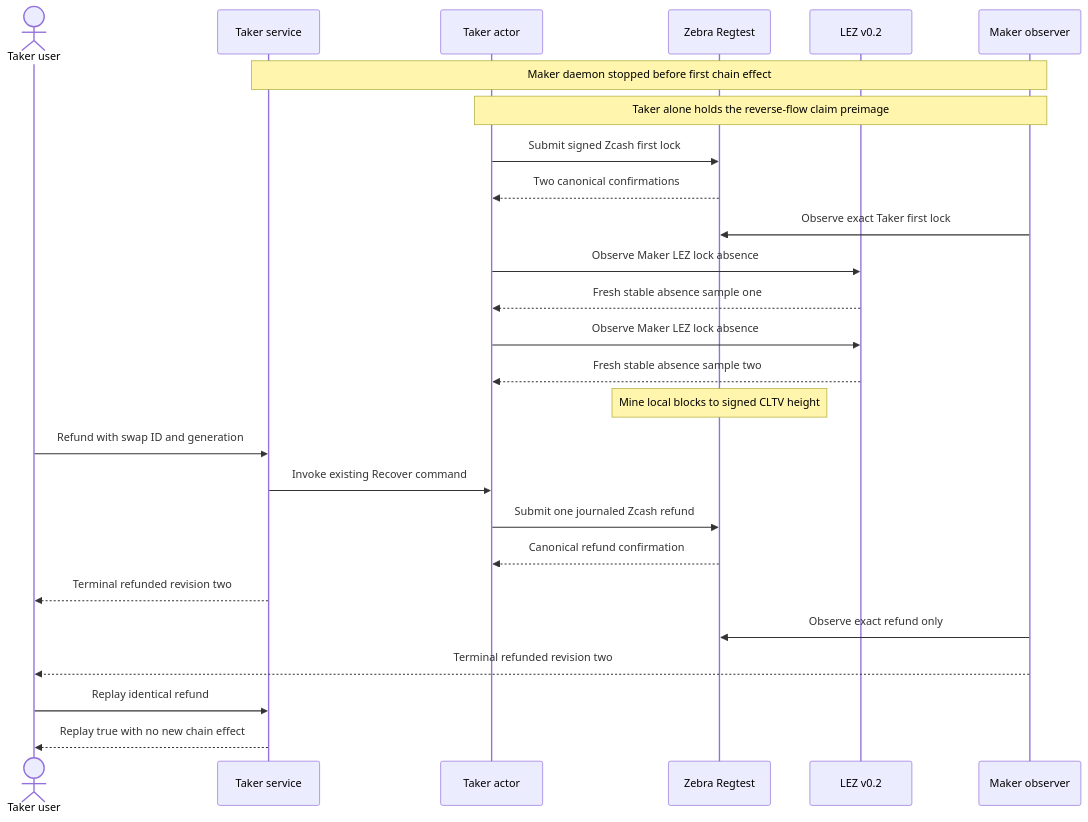
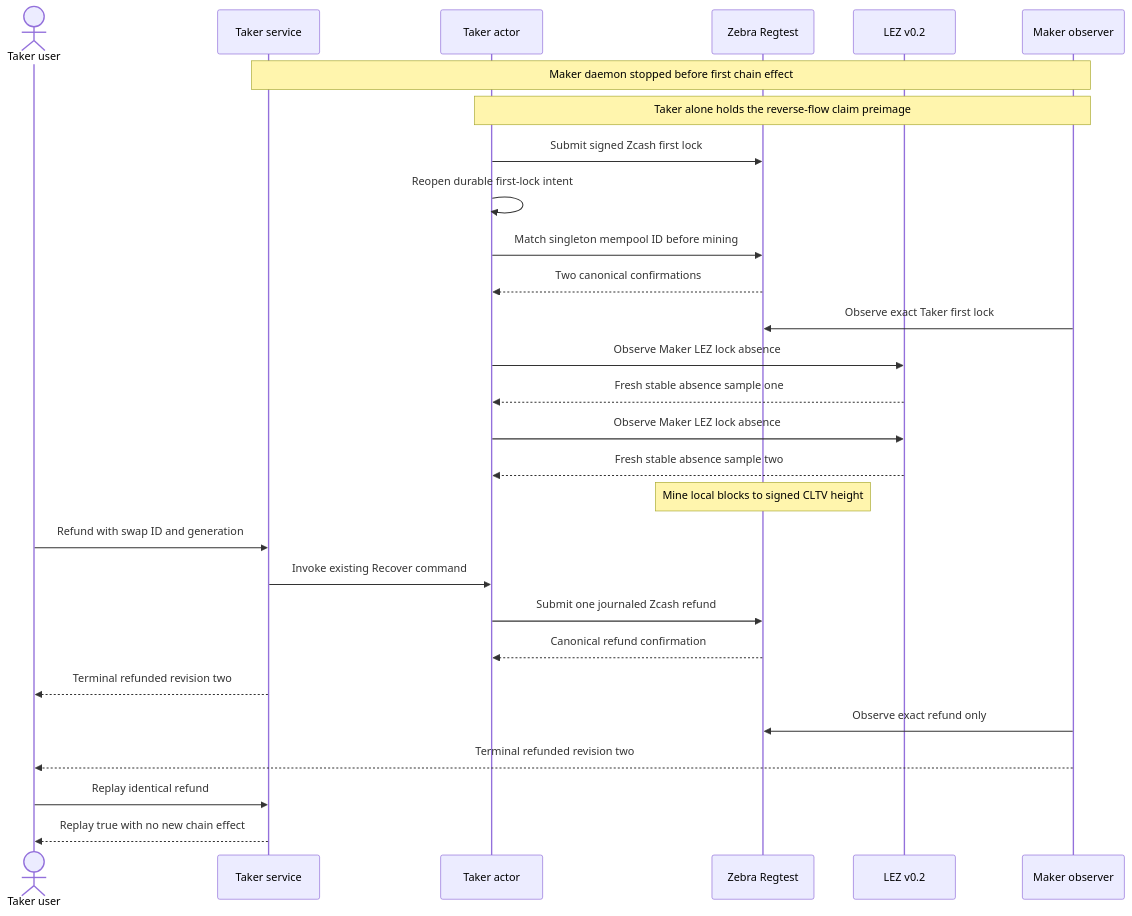
One commit to gateway-fm/lez-atomic-swaps changed the second of 2 diagrams in docs/architecture/0199-recover-reverse-zec-first-lock-without-maker.md. Above: the diagram before and after it, drawn with Mermaid. The commit also changed other lines of this file and 5 other files, not shown here.

````diff
--- a/docs/architecture/0199-recover-reverse-zec-first-lock-without-maker.md
+++ b/docs/architecture/0199-recover-reverse-zec-first-lock-without-maker.md
@@ -53,29 +60,31 @@
 ```mermaid
 sequenceDiagram
     actor U as Taker user
     participant S as Taker service
     participant T as Taker actor
     participant Z as Zebra Regtest
     participant L as LEZ v0.2
     participant M as Maker observer
 
     Note over S,M: Maker daemon stopped before first chain effect
     Note over T,M: Taker alone holds the reverse-flow claim preimage
     T->>Z: Submit signed Zcash first lock
+    T->>T: Reopen durable first-lock intent
+    T->>Z: Match singleton mempool ID before mining
     Z-->>T: Two canonical confirmations
     M->>Z: Observe exact Taker first lock
     T->>L: Observe Maker LEZ lock absence
     L-->>T: Fresh stable absence sample one
     T->>L: Observe Maker LEZ lock absence
     L-->>T: Fresh stable absence sample two
     Note over Z: Mine local blocks to signed CLTV height
     U->>S: Refund with swap ID and generation
     S->>T: Invoke existing Recover command
     T->>Z: Submit one journaled Zcash refund
     Z-->>T: Canonical refund confirmation
     S-->>U: Terminal refunded revision two
     M->>Z: Observe exact refund only
     M-->>U: Terminal refunded revision two
     U->>S: Replay identical refund
     S-->>U: Replay true with no new chain effect
 ```
````
